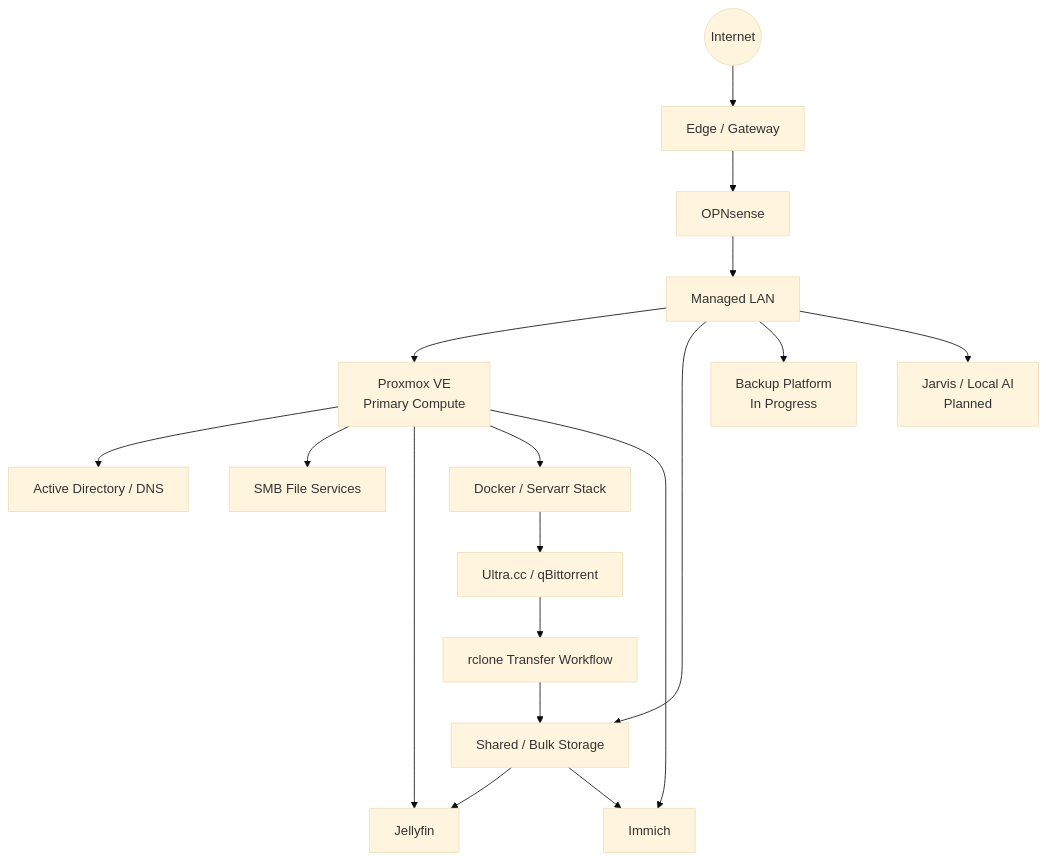
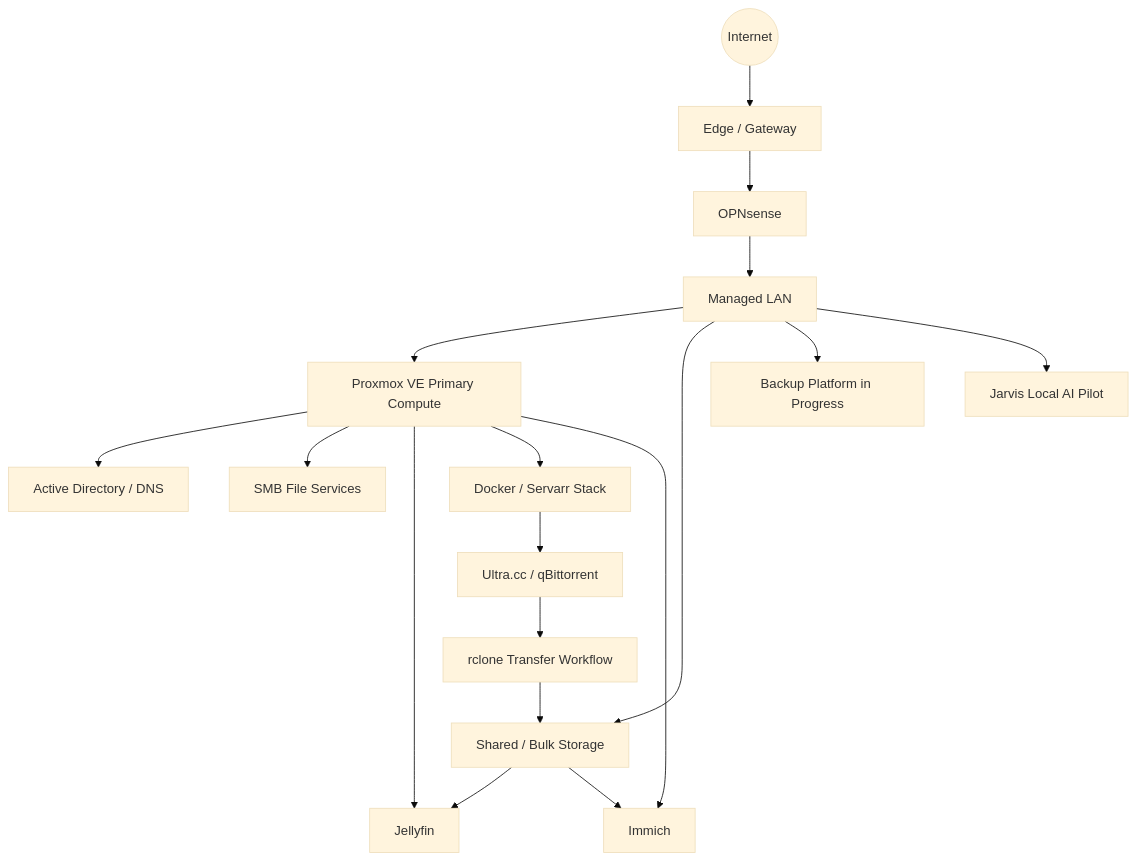
The first of 3 diagrams in architecture/overview.md (GamesR2Fun/Home-lab-public), drawn with Mermaid (base theme) before and after one commit. The commit also changed other lines of this file and 4 other files, not shown here.

````diff
--- a/architecture/overview.md
+++ b/architecture/overview.md
@@ -7,23 +7,23 @@
 ```mermaid
 flowchart TB
     WAN((Internet)) --> Edge[Edge / Gateway]
     Edge --> FW[OPNsense]
     FW --> Core[Managed LAN]
 
-    Core --> Compute[Proxmox VE\nPrimary Compute]
+    Core --> Compute[Proxmox VE Primary Compute]
     Core --> Storage[Shared / Bulk Storage]
-    Core --> Backup[Backup Platform\nIn Progress]
-    Core --> AI[Jarvis / Local AI\nPlanned]
+    Core --> Backup[Backup Platform in Progress]
+    Core --> AI[Jarvis Local AI Pilot]
 
     Compute --> Identity[Active Directory / DNS]
     Compute --> Files[SMB File Services]
     Compute --> Media[Jellyfin]
     Compute --> Automation[Docker / Servarr Stack]
     Compute --> Photos[Immich]
 
     Automation --> Remote[Ultra.cc / qBittorrent]
     Remote --> Transfer[rclone Transfer Workflow]
     Transfer --> Storage
     Storage --> Media
     Storage --> Photos
 ```
````
